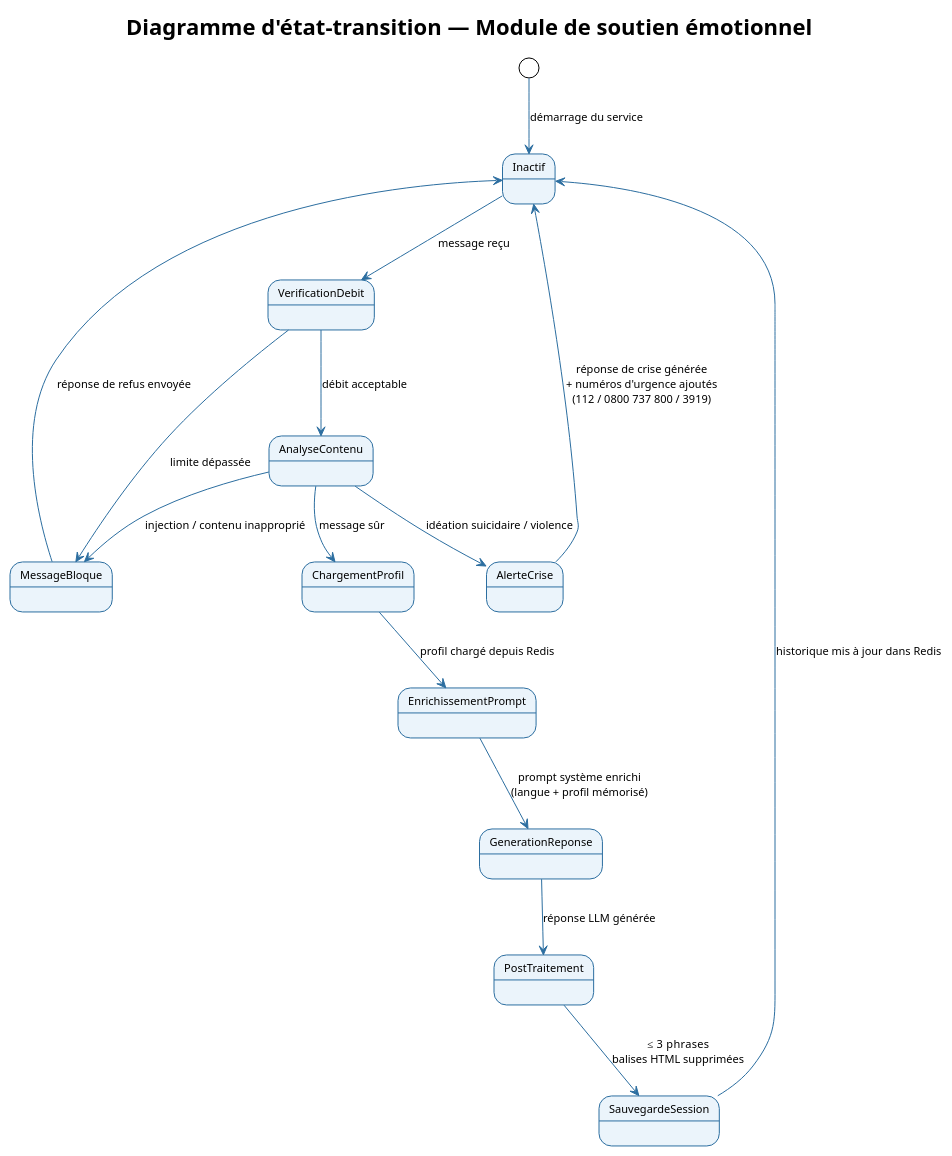
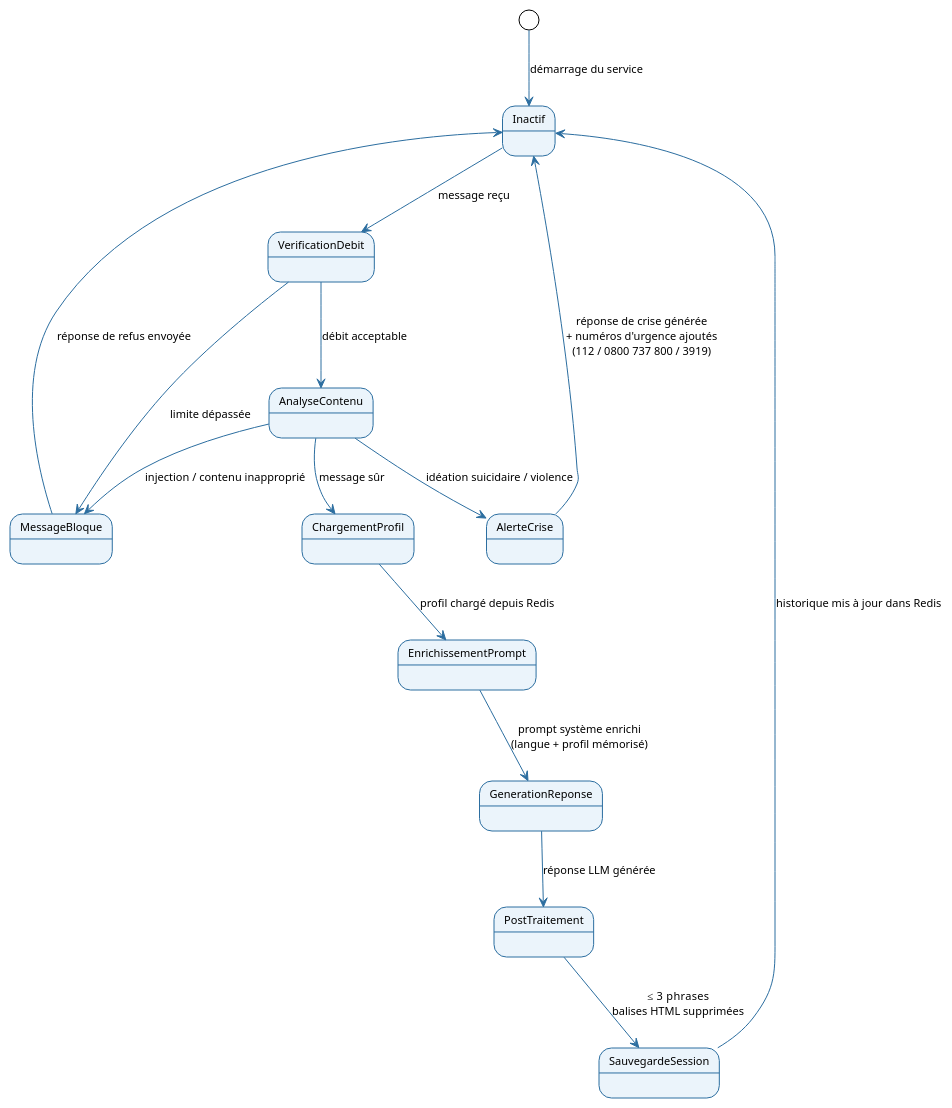
Before and after one commit to RedFalcon22/Rapport_ISTIC_2025_2026_v2: the diagram in figures/08c_etat_emotionnel.puml, drawn with PlantUML. The commit also changed 78 other files, not shown here.

Commit message:
feat: add new diagrams (12-21), interface screenshots, and update PlantUML sources

```diff
--- a/figures/08c_etat_emotionnel.puml
+++ b/figures/08c_etat_emotionnel.puml
@@ -1,40 +1,39 @@
 @startuml etat_emotionnel
 !theme plain
 skinparam stateBorderColor #2C6EA0
 skinparam stateBackgroundColor #EBF4FB
 skinparam stateArrowColor #2C6EA0
 skinparam defaultFontName Arial
 skinparam defaultFontSize 11
 
-title Diagramme d'état-transition — Module de soutien émotionnel
 
 [*] --> Inactif : démarrage du service
 
 Inactif --> VerificationDebit : message reçu
 
 ' ── Contrôle du débit ────────────────────────────────────
 VerificationDebit --> MessageBloque   : limite dépassée
 VerificationDebit --> AnalyseContenu  : débit acceptable
 
 ' ── Analyse du contenu (garde-fou) ───────────────────────
 AnalyseContenu --> MessageBloque    : injection / contenu inapproprié
 AnalyseContenu --> AlerteCrise      : idéation suicidaire / violence
 AnalyseContenu --> ChargementProfil : message sûr
 
 ' ── Sorties courtes ───────────────────────────────────────
 MessageBloque --> Inactif : réponse de refus envoyée
 
 AlerteCrise --> Inactif : réponse de crise générée\n+ numéros d'urgence ajoutés\n(112 / 0800 737 800 / 3919)
 
 ' ── Chemin nominal ────────────────────────────────────────
 ChargementProfil --> EnrichissementPrompt : profil chargé depuis Redis
 
 EnrichissementPrompt --> GenerationReponse : prompt système enrichi\n(langue + profil mémorisé)
 
 GenerationReponse --> PostTraitement : réponse LLM générée
 
 PostTraitement --> SauvegardeSession : ≤ 3 phrases\nbalises HTML supprimées
 
 SauvegardeSession --> Inactif : historique mis à jour dans Redis
 
 @enduml
```
